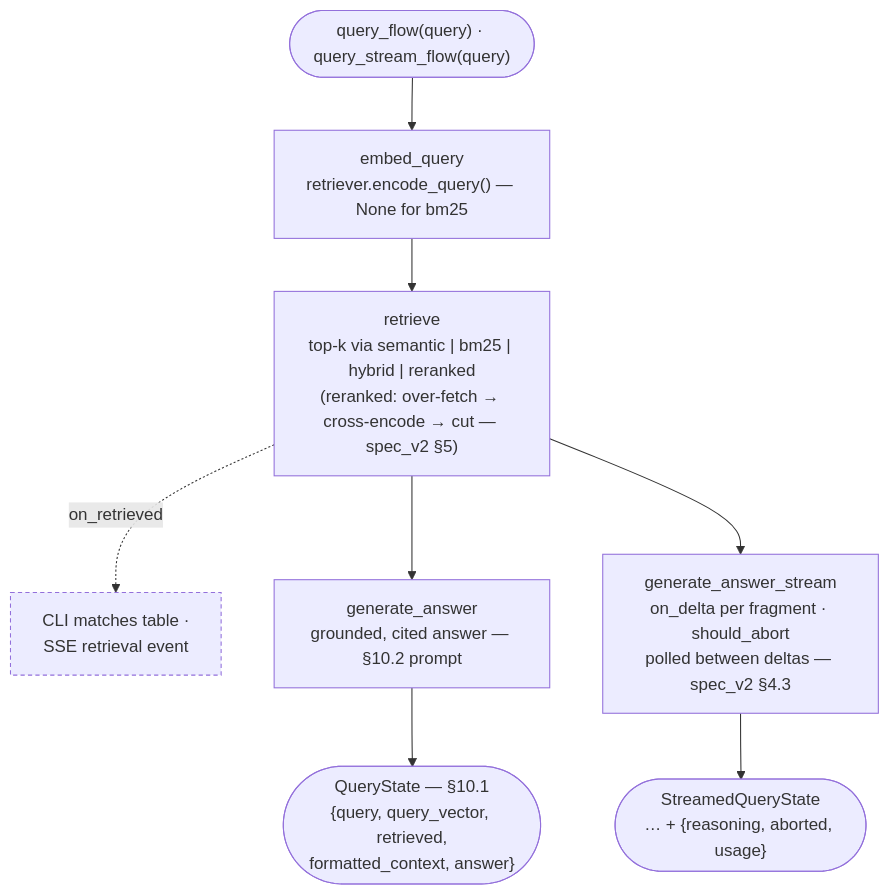
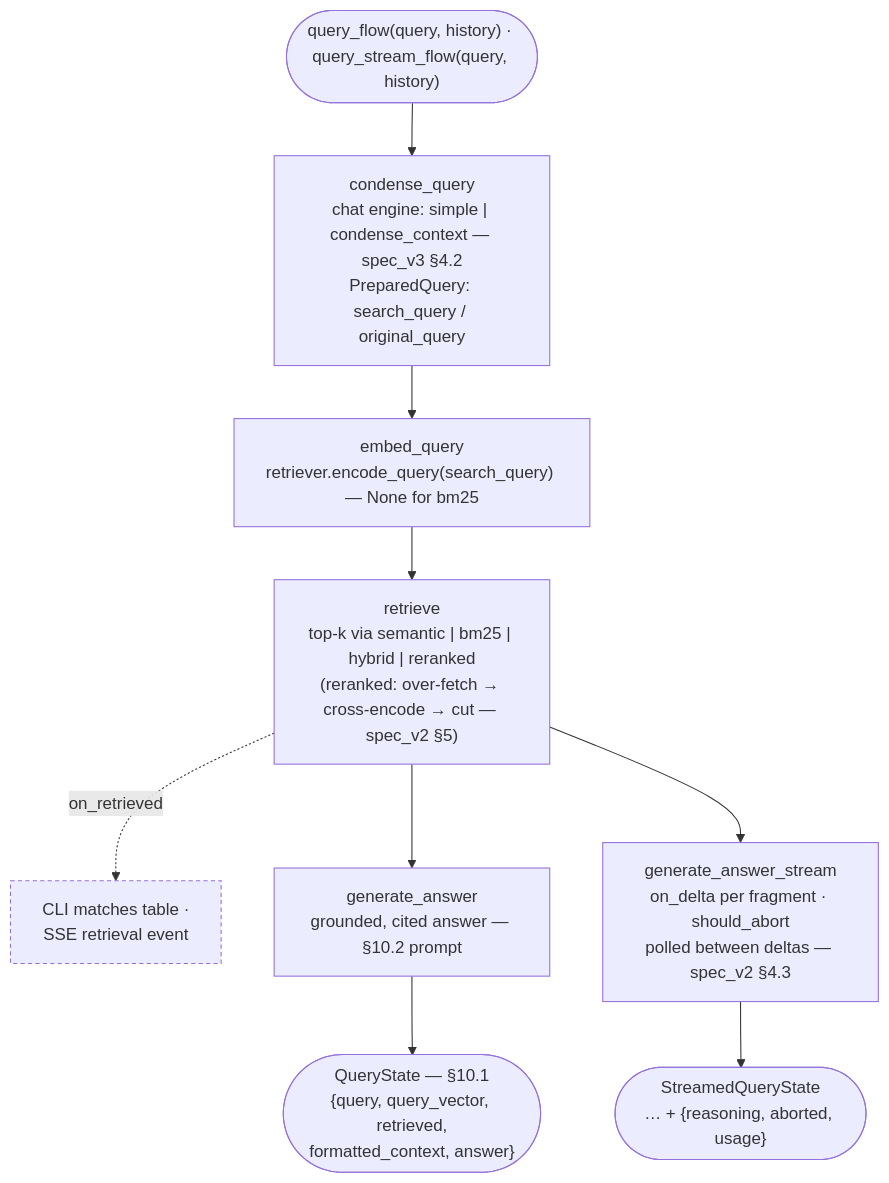
One commit to luisegarduno/varagity changed the second of 3 diagrams in golden-docs/pipelines.md. Above: the diagram before and after it, drawn with Mermaid. The commit also changed other lines of this file and 15 other files, not shown here.

````diff
--- a/golden-docs/pipelines.md
+++ b/golden-docs/pipelines.md
@@ -139,13 +139,14 @@
 ```mermaid
 flowchart TB
-    start(["query_flow(query) · query_stream_flow(query)"]) --> embed["embed_query<br/>retriever.encode_query() — None for bm25"]
+    start(["query_flow(query, history) · query_stream_flow(query, history)"]) --> condense["condense_query<br/>chat engine: simple | condense_context — spec_v3 §4.2<br/>PreparedQuery: search_query / original_query"]
+    condense --> embed["embed_query<br/>retriever.encode_query(search_query) — None for bm25"]
     embed --> retrieve["retrieve<br/>top-k via semantic | bm25 | hybrid | reranked<br/>(reranked: over-fetch → cross-encode → cut — spec_v2 §5)"]
     retrieve -.->|on_retrieved| hook["CLI matches table ·<br/>SSE retrieval event"]
     retrieve --> generate["generate_answer<br/>grounded, cited answer — §10.2 prompt"]
     retrieve --> generate_s["generate_answer_stream<br/>on_delta per fragment · should_abort<br/>polled between deltas — spec_v2 §4.3"]
     generate --> state(["QueryState — §10.1<br/>{query, query_vector, retrieved,<br/>formatted_context, answer}"])
     generate_s --> state_s(["StreamedQueryState<br/>… + {reasoning, aborted, usage}"])
 
     classDef sidecar stroke-dasharray:4 3;
     class hook sidecar;
 ```
````
